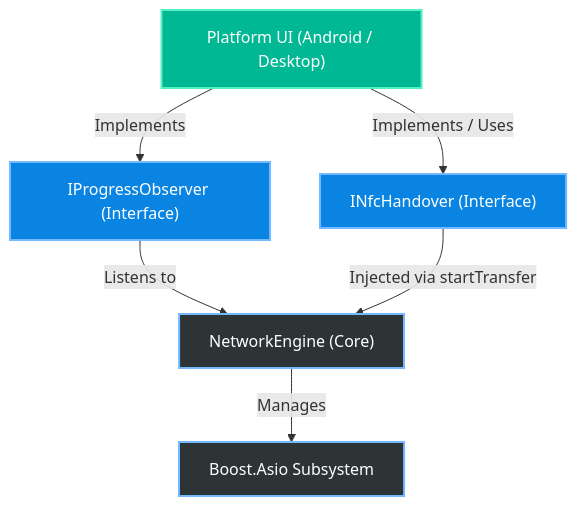
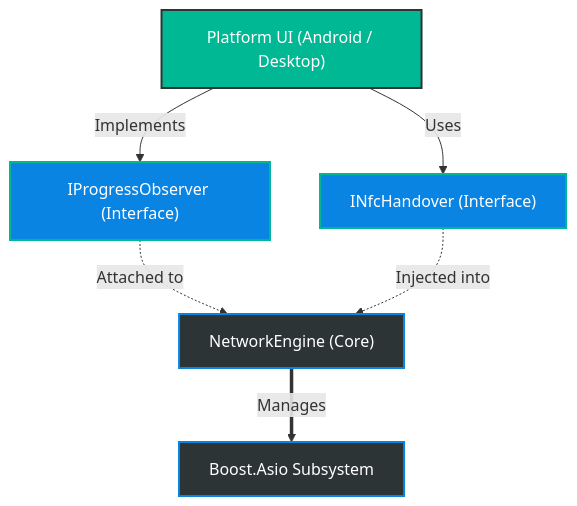
Before and after one commit to nilay007hckkr/Anyshare: the first of 2 diagrams in README.md, drawn with Mermaid. The commit also changed other lines of this file, not shown here.

````diff
--- a/README.md
+++ b/README.md
@@ -21,18 +51,18 @@
 ```mermaid
 graph TD
-    classDef core fill:#2d3436,stroke:#74b9ff,stroke-width:2px,color:#fff
-    classDef interface fill:#0984e3,stroke:#74b9ff,stroke-width:2px,color:#fff
-    classDef external fill:#00b894,stroke:#55efc4,stroke-width:2px,color:#fff
+    classDef core fill:#2d3436,stroke:#0984e3,stroke-width:2px,color:#fff
+    classDef interface fill:#0984e3,stroke:#00b894,stroke-width:2px,color:#fff
+    classDef external fill:#00b894,stroke:#2d3436,stroke-width:2px,color:#fff
 
     UI["Platform UI (Android / Desktop)"]:::external
     Observer["IProgressObserver (Interface)"]:::interface
     Handover["INfcHandover (Interface)"]:::interface
     Engine["NetworkEngine (Core)"]:::core
     Asio["Boost.Asio Subsystem"]:::core
 
     UI -->|Implements| Observer
-    UI -->|Implements / Uses| Handover
-    Observer -->|Listens to| Engine
-    Handover -->|Injected via startTransfer| Engine
-    Engine -->|Manages| Asio
+    UI -->|Uses| Handover
+    Observer -.->|Attached to| Engine
+    Handover -.->|Injected into| Engine
+    Engine ==>|Manages| Asio
 ```
````
